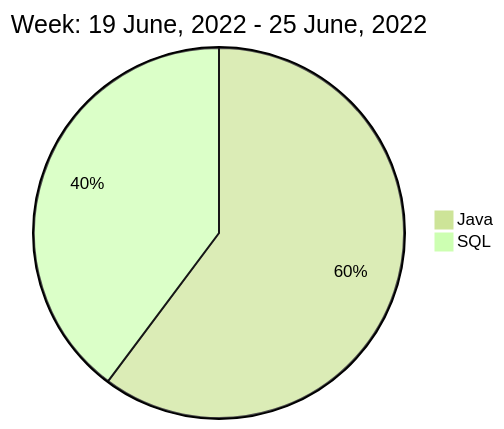
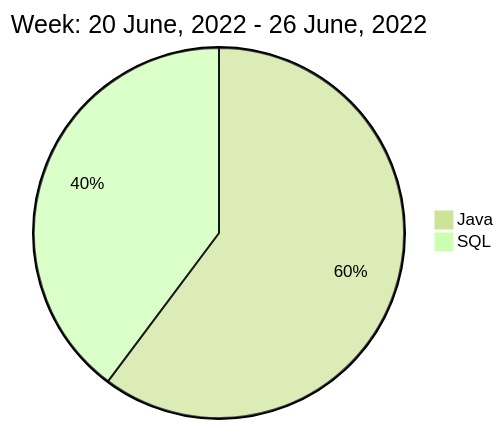
One commit to liubin95/liubin95 changed the diagram in README.md. Above: the diagram before and after it, drawn with Mermaid (forest theme).

Commit message:
Updated the Graph with new Metrics

````diff
--- a/README.md
+++ b/README.md
@@ -40,6 +40,6 @@
 ```mermaid
  pie
-title Week: 19 June, 2022 - 25 June, 2022
+title Week: 20 June, 2022 - 26 June, 2022
  "Java" : 6.92
  "SQL" : 4.57
 ```
````
